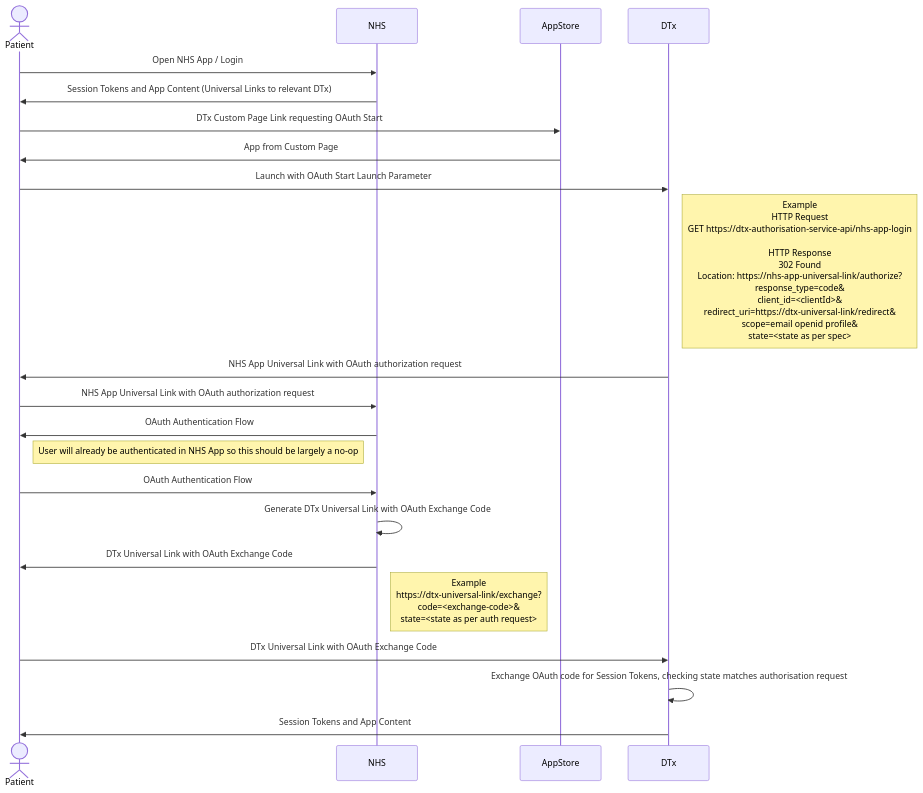
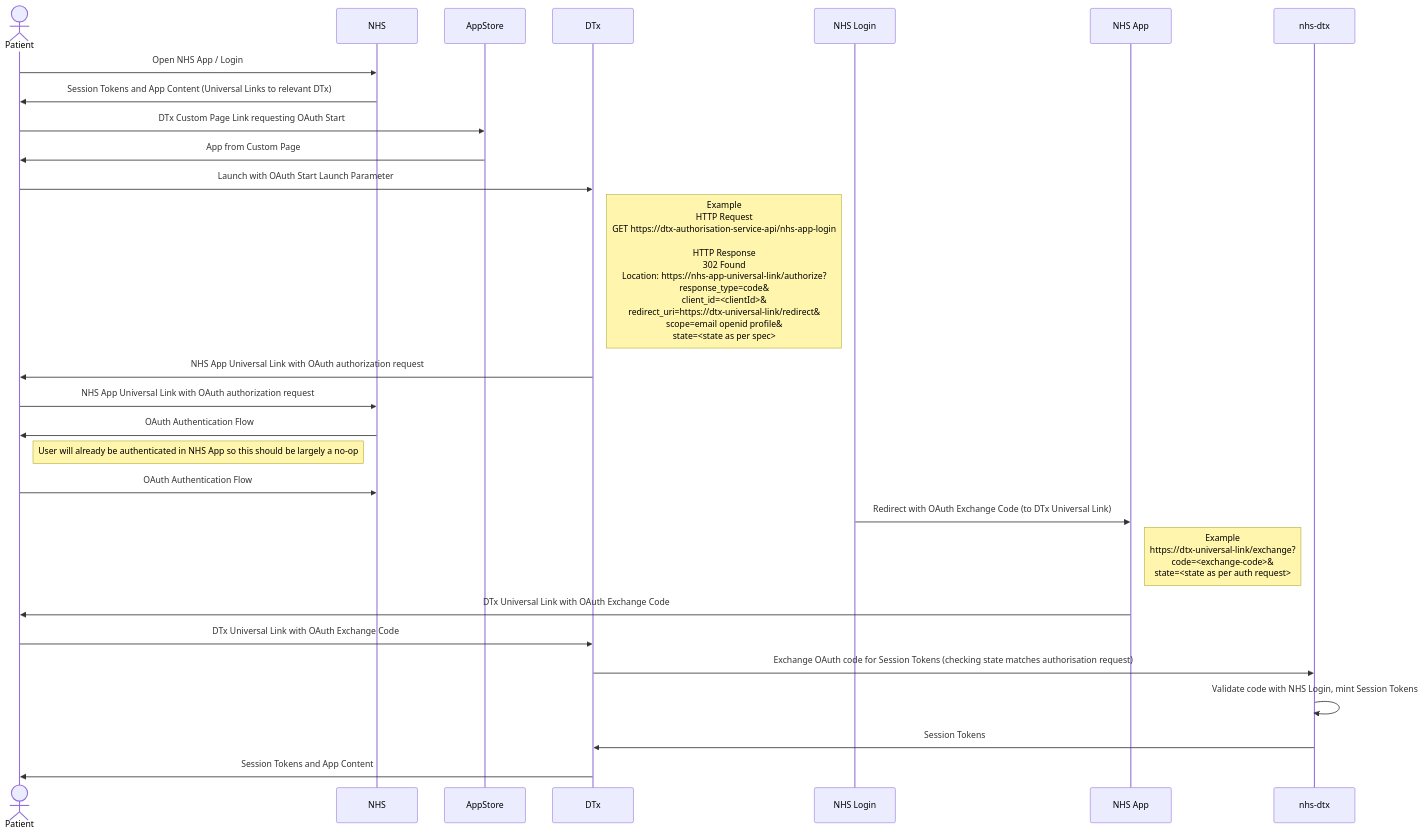
One commit to mattfellows-mmh/healthstore-dtx-supplier-integration-framework changed the fifth of 5 diagrams in docs/dtx-enrolment-and-app-launch-sequences.md. Above: the diagram before and after it, drawn with Mermaid. The commit also changed other lines of this file, not shown here.

Commit message:
Updated the proposed pre-installed flow to match SSO as proved working on the web

````diff
--- a/docs/dtx-enrolment-and-app-launch-sequences.md
+++ b/docs/dtx-enrolment-and-app-launch-sequences.md
@@ -81,21 +86,23 @@
 ```mermaid
   sequenceDiagram
   actor Patient
     Patient ->> NHS: Open NHS App / Login
     NHS ->> Patient: Session Tokens and App Content (Universal Links to relevant DTx)
     Patient->>AppStore: DTx Custom Page Link requesting OAuth Start
     AppStore->>Patient: App from Custom Page
     Patient ->> DTx: Launch with OAuth Start Launch Parameter
     Note right of DTx: Example<br/> HTTP Request<br/> GET https://dtx-authorisation-service-api/nhs-app-login <br/><br/>HTTP Response <br/>302 Found<br/> Location: https://nhs-app-universal-link/authorize?<br/>response_type=code&<br/>client_id=<clientId>&<br/>redirect_uri=https://dtx-universal-link/redirect&<br/>scope=email openid profile&<br/>state=<state as per spec>
     DTx->>Patient: NHS App Universal Link with OAuth authorization request
     Patient->>NHS: NHS App Universal Link with OAuth authorization request
     NHS->>Patient: OAuth Authentication Flow
     Note right of Patient: User will already be authenticated in NHS App so this should be largely a no-op
     Patient->>NHS: OAuth Authentication Flow
-    NHS->>NHS: Generate DTx Universal Link with OAuth Exchange Code
-    NHS->>Patient: DTx Universal Link with OAuth Exchange Code
-    Note right of NHS: Example<br/> https://dtx-universal-link/exchange?<br/>code=<exchange-code>&<br/>state=<state as per auth request>
+    NHS Login->>NHS App: Redirect with OAuth Exchange Code (to DTx Universal Link)
+    Note right of NHS App: Example<br/> https://dtx-universal-link/exchange?<br/>code=<exchange-code>&<br/>state=<state as per auth request>
+    NHS App->>Patient: DTx Universal Link with OAuth Exchange Code
     Patient->>DTx: DTx Universal Link with OAuth Exchange Code
-    DTx->>DTx: Exchange OAuth code for Session Tokens, checking state matches authorisation request
+    DTx->>nhs-dtx: Exchange OAuth code for Session Tokens (checking state matches authorisation request)
+    nhs-dtx->>nhs-dtx: Validate code with NHS Login, mint Session Tokens
+    nhs-dtx->>DTx: Session Tokens
     DTx->>Patient: Session Tokens and App Content
 ```
````
